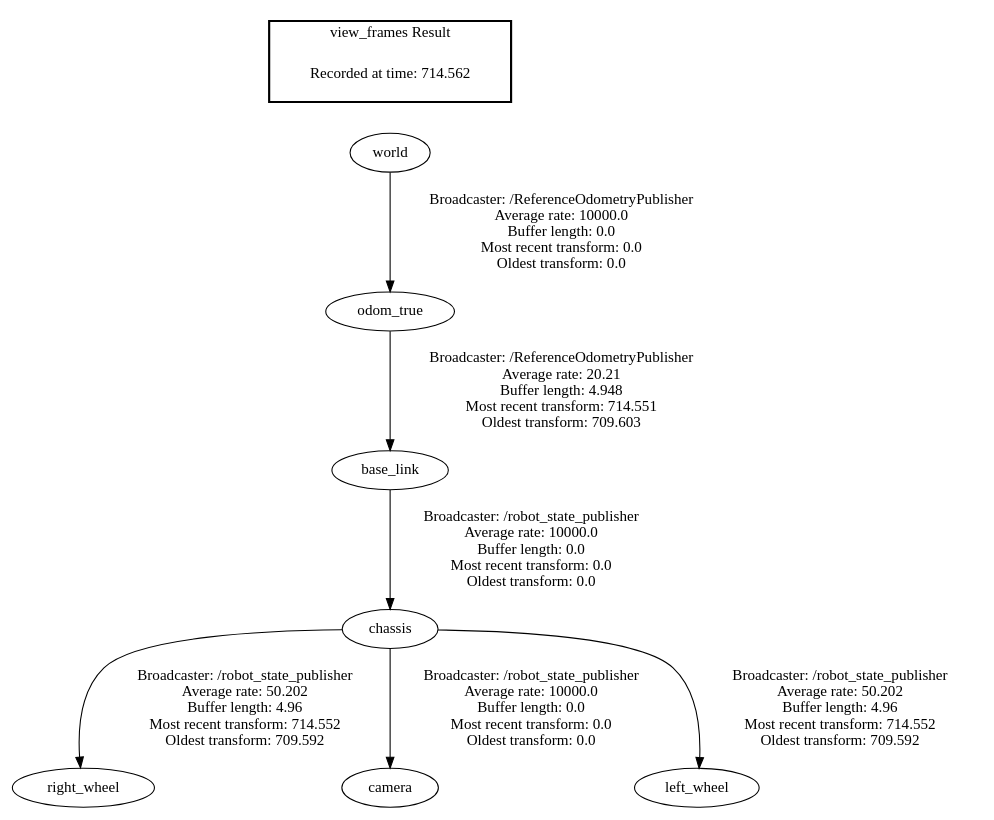
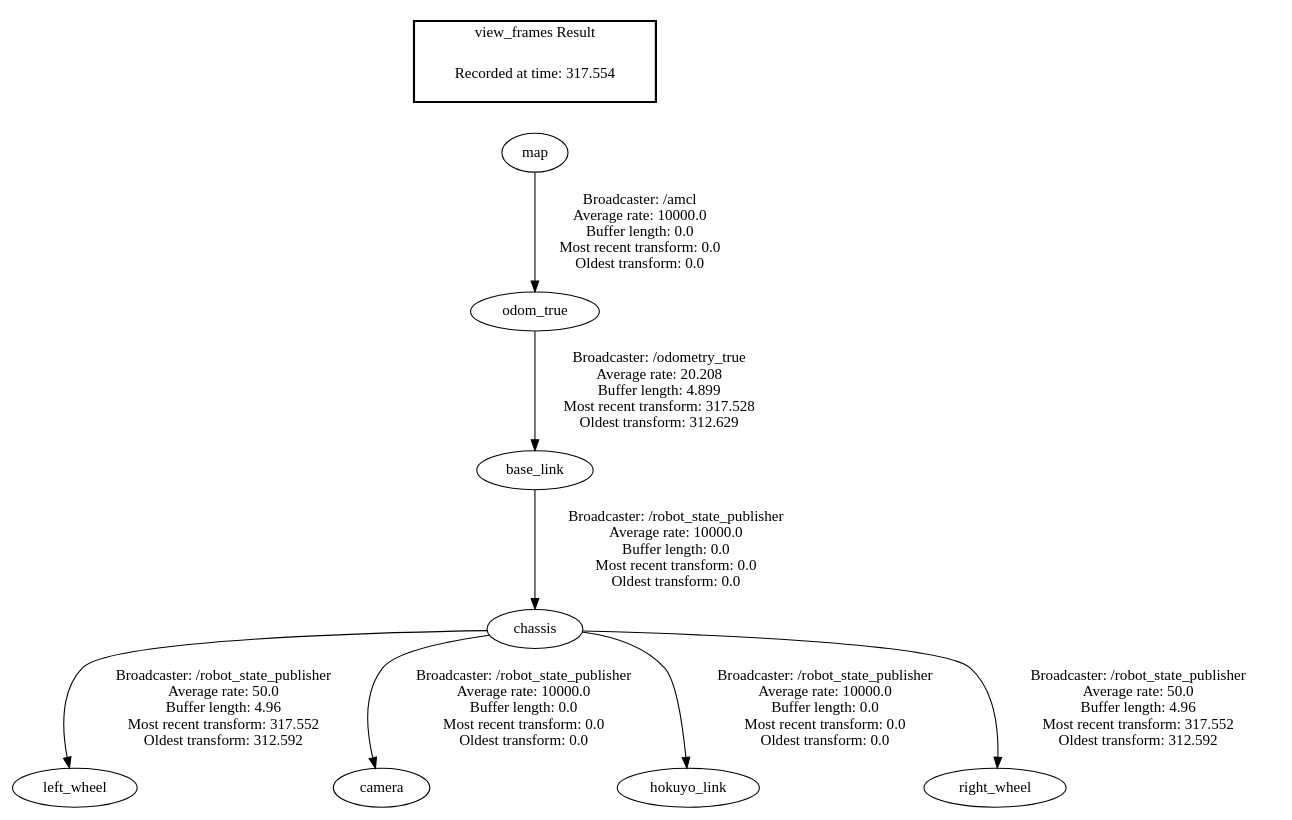
The diagram in ros/catkin_ws/frames.gv (robotica-cem/mobile-robots-module), drawn with Graphviz before and after one commit. The commit also changed 4 other files, not shown here.

```diff
--- a/ros/catkin_ws/frames.gv
+++ b/ros/catkin_ws/frames.gv
@@ -1,12 +1,13 @@
 digraph G {
-"chassis" -> "right_wheel"[label=" Broadcaster: /robot_state_publisher\nAverage rate: 50.202\nBuffer length: 4.96\nMost recent transform: 714.552\nOldest transform: 709.592\n"];
+"chassis" -> "left_wheel"[label=" Broadcaster: /robot_state_publisher\nAverage rate: 50.0\nBuffer length: 4.96\nMost recent transform: 317.552\nOldest transform: 312.592\n"];
 "chassis" -> "camera"[label=" Broadcaster: /robot_state_publisher\nAverage rate: 10000.0\nBuffer length: 0.0\nMost recent transform: 0.0\nOldest transform: 0.0\n"];
-"world" -> "odom_true"[label=" Broadcaster: /ReferenceOdometryPublisher\nAverage rate: 10000.0\nBuffer length: 0.0\nMost recent transform: 0.0\nOldest transform: 0.0\n"];
+"chassis" -> "hokuyo_link"[label=" Broadcaster: /robot_state_publisher\nAverage rate: 10000.0\nBuffer length: 0.0\nMost recent transform: 0.0\nOldest transform: 0.0\n"];
 "base_link" -> "chassis"[label=" Broadcaster: /robot_state_publisher\nAverage rate: 10000.0\nBuffer length: 0.0\nMost recent transform: 0.0\nOldest transform: 0.0\n"];
-"chassis" -> "left_wheel"[label=" Broadcaster: /robot_state_publisher\nAverage rate: 50.202\nBuffer length: 4.96\nMost recent transform: 714.552\nOldest transform: 709.592\n"];
-"odom_true" -> "base_link"[label=" Broadcaster: /ReferenceOdometryPublisher\nAverage rate: 20.21\nBuffer length: 4.948\nMost recent transform: 714.551\nOldest transform: 709.603\n"];
+"chassis" -> "right_wheel"[label=" Broadcaster: /robot_state_publisher\nAverage rate: 50.0\nBuffer length: 4.96\nMost recent transform: 317.552\nOldest transform: 312.592\n"];
+"odom_true" -> "base_link"[label=" Broadcaster: /odometry_true\nAverage rate: 20.208\nBuffer length: 4.899\nMost recent transform: 317.528\nOldest transform: 312.629\n"];
+"map" -> "odom_true"[label=" Broadcaster: /amcl\nAverage rate: 10000.0\nBuffer length: 0.0\nMost recent transform: 0.0\nOldest transform: 0.0\n"];
 edge [style=invis];
  subgraph cluster_legend { style=bold; color=black; label ="view_frames Result";
-"Recorded at time: 714.562"[ shape=plaintext ] ;
-}->"world";
+"Recorded at time: 317.554"[ shape=plaintext ] ;
+}->"map";
 }
```
